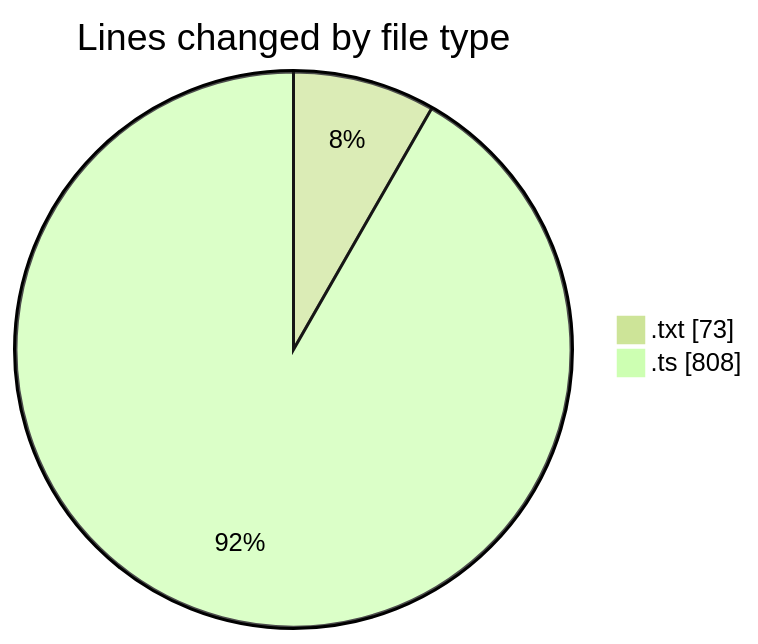
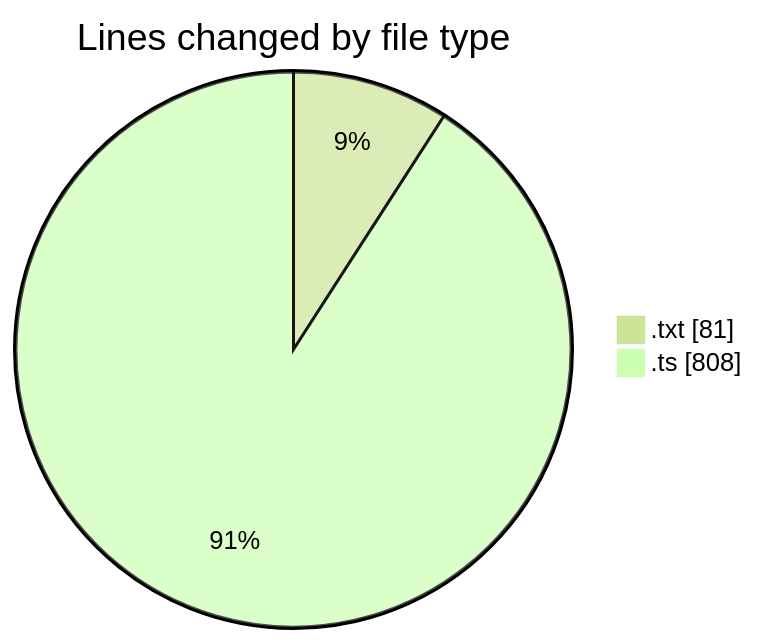
The first of 2 diagrams in 2025-05-28/ecodeli-1/README.md (CELIANVF/code-tracking), drawn with Mermaid (forest theme) before and after one commit. The commit also changed other lines of this file and 1 other file, not shown here.

````diff
--- a/2025-05-28/ecodeli-1/README.md
+++ b/2025-05-28/ecodeli-1/README.md
@@ -27,6 +27,6 @@
 ```mermaid
 pie showData
 title Lines changed by file type
-".txt" : 73
+".txt" : 81
 ".ts" : 808
 ```
````
